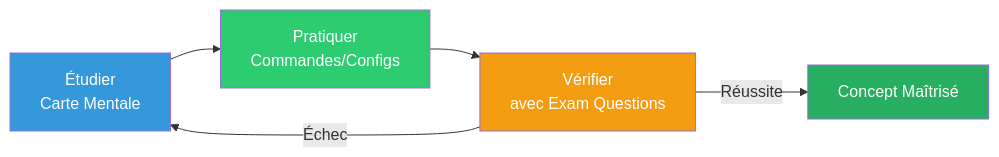
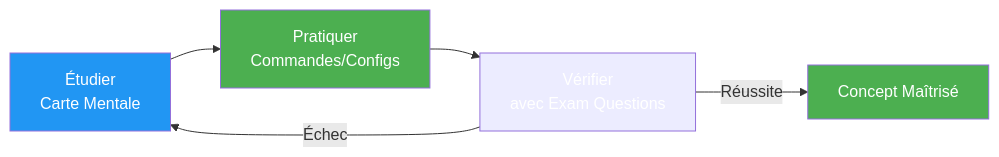
One commit to VBlackJack/ShellBook changed the fifth of 5 diagrams in docs/linux/lpi-certification.md. Above: the diagram before and after it, drawn with Mermaid. The commit also changed other lines of this file and 337 other files, not shown here.

First line of the commit message:
refactor(docs): Standardize code blocks and Mermaid colors

````diff
--- a/docs/linux/lpi-certification.md
+++ b/docs/linux/lpi-certification.md
@@ -234,12 +234,12 @@
 ```mermaid
 flowchart LR
     A[Étudier<br/>Carte Mentale] --> B[Pratiquer<br/>Commandes/Configs]
     B --> C[Vérifier<br/>avec Exam Questions]
     C -->|Échec| A
     C -->|Réussite| D[Concept Maîtrisé]
 
-    style A fill:#3498db,color:#fff
-    style B fill:#2ecc71,color:#fff
-    style C fill:#f39c12,color:#fff
-    style D fill:#27ae60,color:#fff
+    style A fill:#2196F3,color:#fff
+    style B fill:#4CAF50,color:#fff
+    style C fill:#FF9800800800,color:#fff
+    style D fill:#4CAF50,color:#fff
 ```
````
